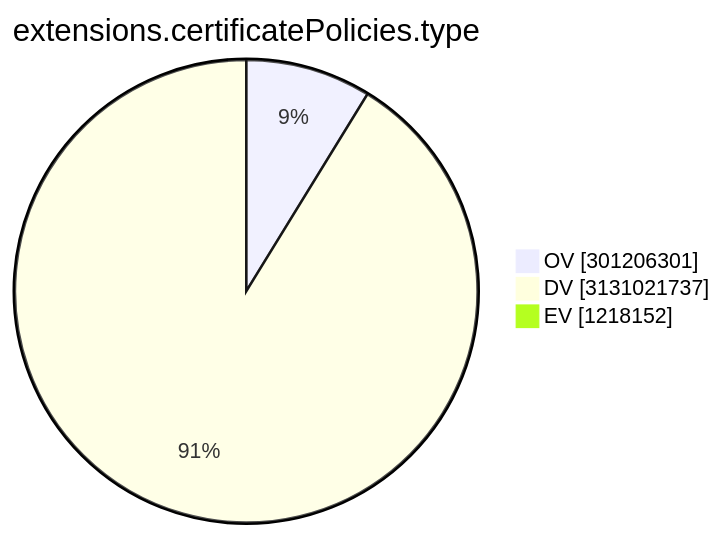
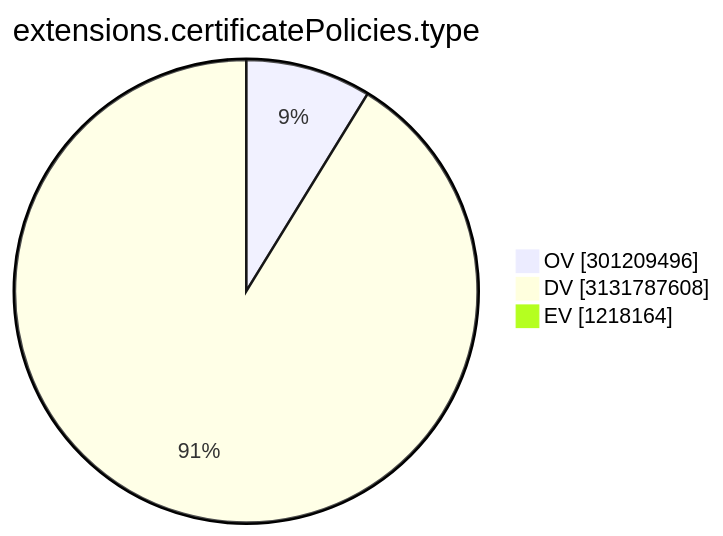
Before and after one commit to christiankrug/ctmonitor_visualization: the ninth of 15 diagrams in TOTAL/README.md, drawn with Mermaid. The commit also changed other lines of this file, not shown here.

````diff
--- a/TOTAL/README.md
+++ b/TOTAL/README.md
@@ -3105,7 +3105,7 @@
 ```mermaid
 pie showData
 title extensions.certificatePolicies.type
-"OV" :301206301
-"DV" :3131021737
-"EV" :1218152
+"OV" :301209496
+"DV" :3131787608
+"EV" :1218164
 ```
````
